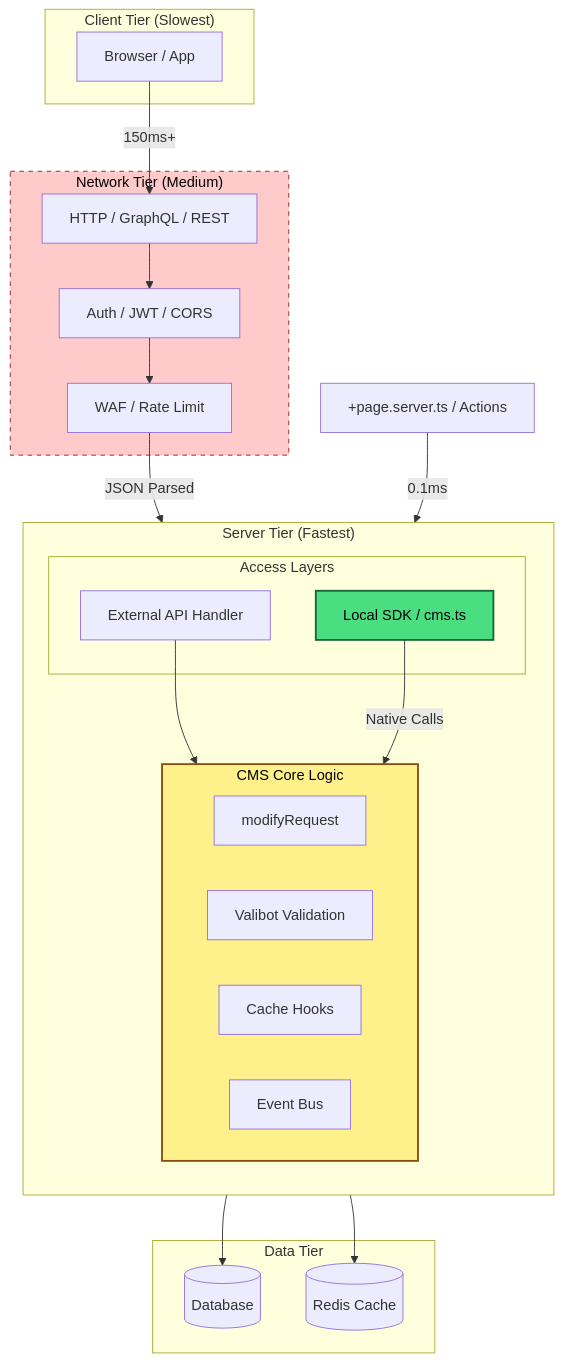
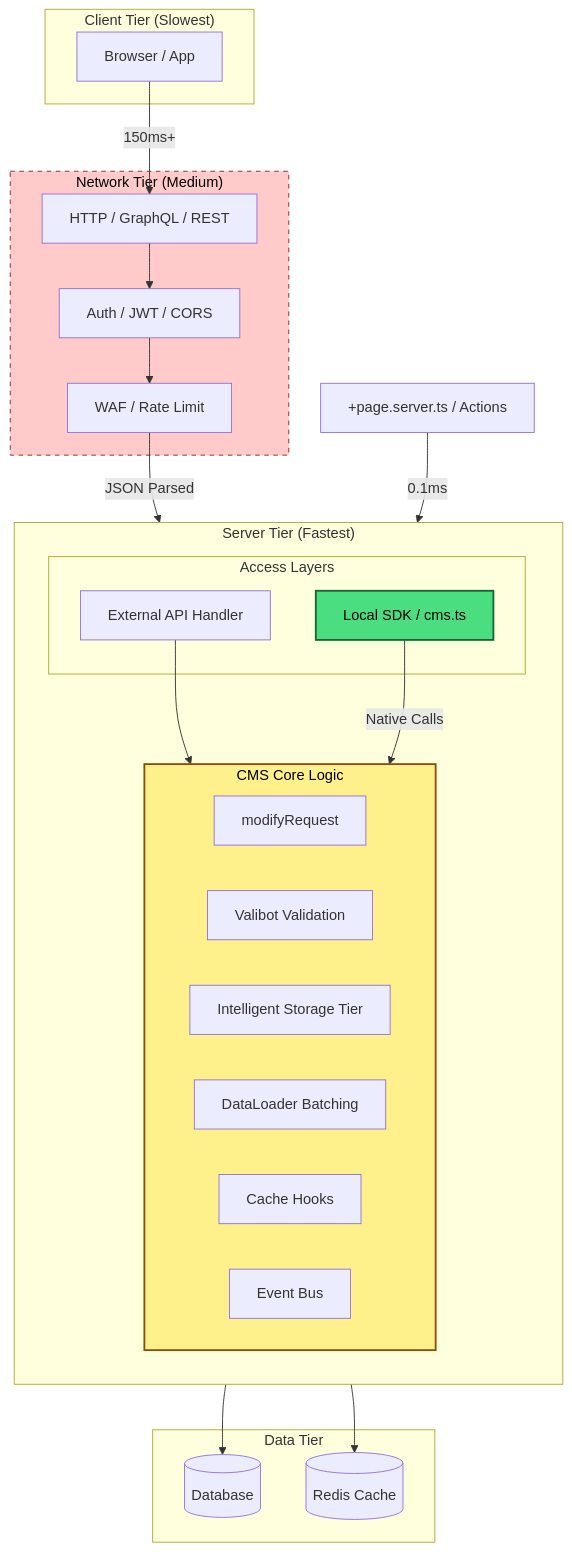
The diagram in docs/api/local-vs-http-api.mdx (SveltyCMS/SveltyCMS), drawn with Mermaid before and after one commit. The commit also changed other lines of this file and 115 other files, not shown here.

````diff
--- a/docs/api/local-vs-http-api.mdx
+++ b/docs/api/local-vs-http-api.mdx
@@ -27,51 +27,53 @@
 ```mermaid
 graph TB
     subgraph Client["Client Tier (Slowest)"]
         CB[Browser / App]
     end
 
     subgraph Network["Network Tier (Medium)"]
         HTTP[HTTP / GraphQL / REST]
         Auth[Auth / JWT / CORS]
         Firewall[WAF / Rate Limit]
     end
 
     subgraph Server["Server Tier (Fastest)"]
         direction TB
         subgraph Logic["CMS Core Logic"]
             MC[modifyRequest]
             VB[Valibot Validation]
+            IS[Intelligent Storage Tier]
+            DL[DataLoader Batching]
             CH[Cache Hooks]
             EB[Event Bus]
         end
 
         subgraph API["Access Layers"]
             EX[External API Handler]
             SDK[Local SDK / cms.ts]
         end
     end
 
     subgraph Data["Data Tier"]
         DB[(Database)]
         RD[(Redis Cache)]
     end
 
     %% External Flow
     CB -->|150ms+| HTTP
     HTTP --> Auth
     Auth --> Firewall
     Firewall -->|JSON Parsed| EX
     EX --> Logic
 
     %% Internal Flow
     Server_Load[+page.server.ts / Actions] -->|0.1ms| SDK
     SDK -->|Native Calls| Logic
 
     %% Core to Data
     Logic --> DB
     Logic --> RD
 
     style SDK fill:#4ade80,stroke:#166534,stroke-width:2px,color:#000
     style Logic fill:#fef08a,stroke:#854d0e,stroke-width:2px,color:#000
     style Network fill:#fecaca,stroke:#991b1b,stroke-dasharray: 5 5,color:#000
 ```
````
